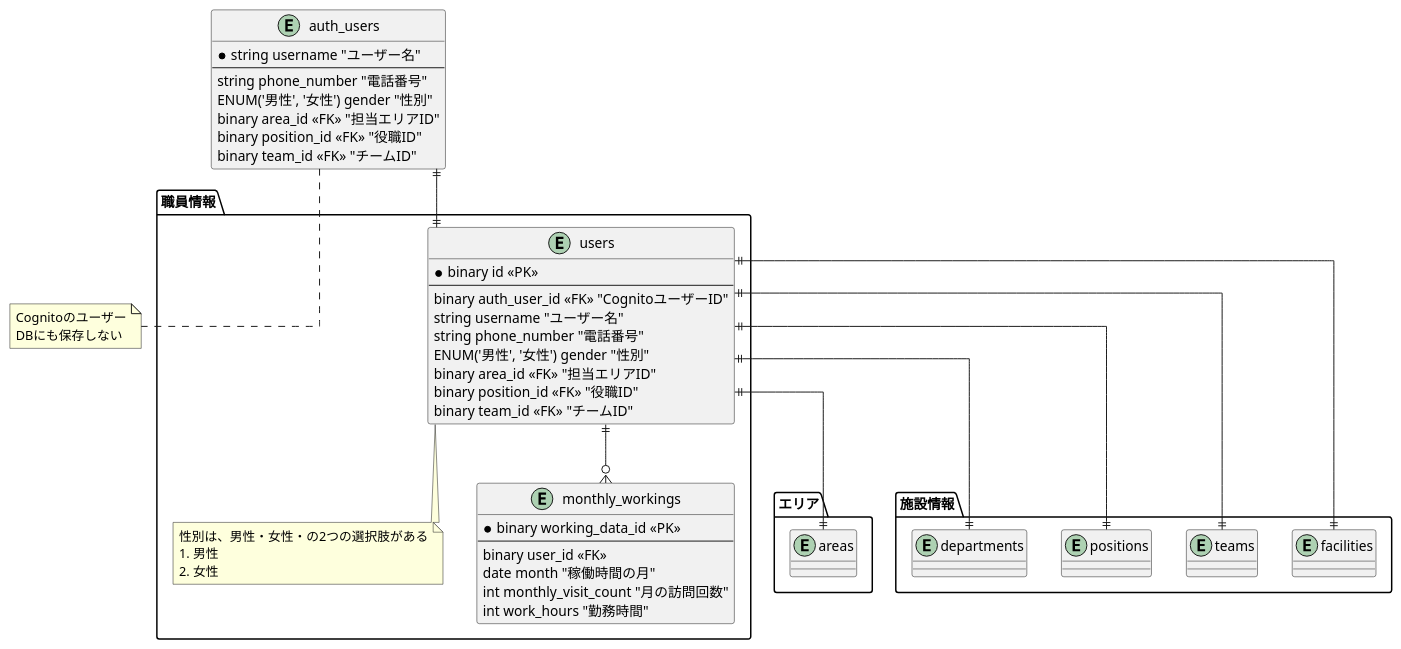
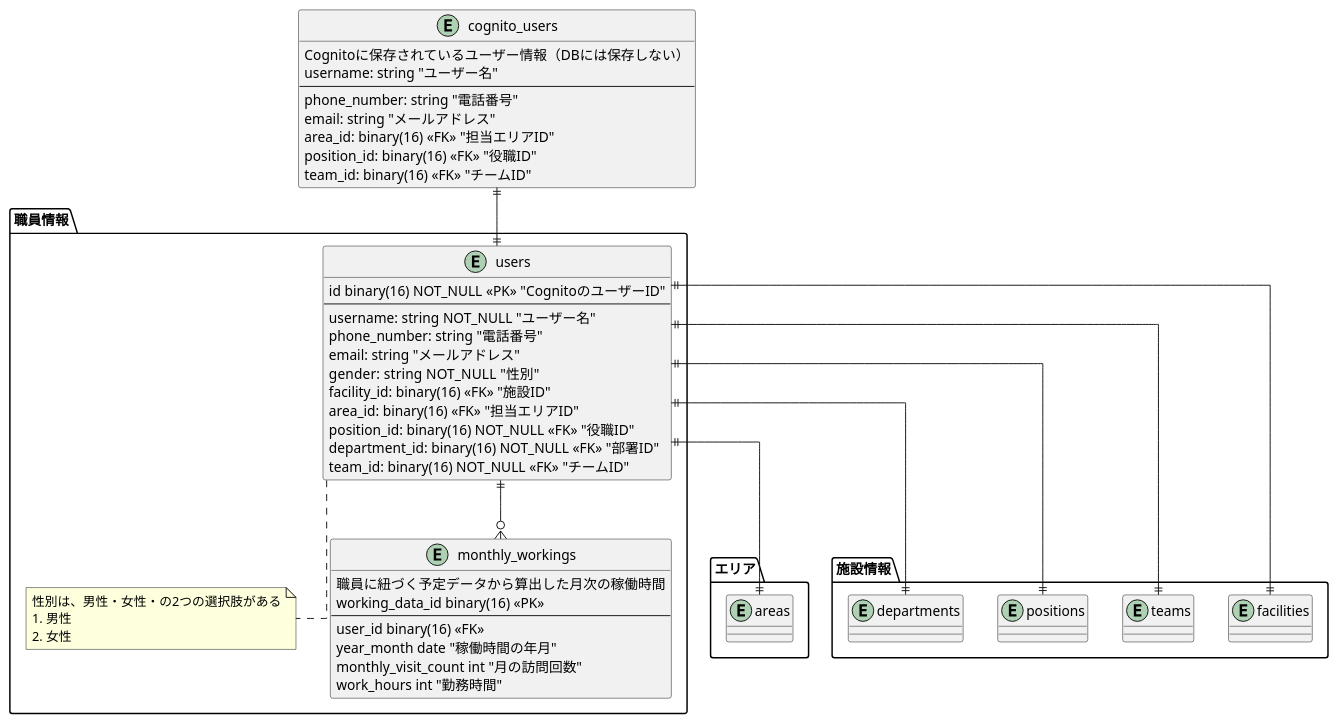
Before and after one commit to Fukuemon/buddy_design_docs: the diagram in src/diagrams/ER/tables/users.puml, drawn with PlantUML. The commit also changed 16 other files, not shown here.

Commit message:
ER図の更新

```diff
--- a/src/diagrams/ER/tables/users.puml
+++ b/src/diagrams/ER/tables/users.puml
@@ -1,67 +1,66 @@
 @startuml entity-relationship-diagram
 skinparam linetype ortho
 
-entity auth_users {
-  * string username "ユーザー名"
+entity cognito_users {
+  Cognitoに保存されているユーザー情報（DBには保存しない）
+  username: string "ユーザー名"
   --
-  string phone_number "電話番号"
-  ENUM('男性', '女性') gender "性別"
-  binary area_id <<FK>> "担当エリアID"
-  binary position_id <<FK>> "役職ID"
-  binary team_id <<FK>> "チームID"
+  phone_number: string "電話番号"
+  email: string "メールアドレス"
+  area_id: binary(16) <<FK>> "担当エリアID"
+  position_id: binary(16) <<FK>> "役職ID"
+  team_id: binary(16) <<FK>> "チームID"
 }
-
-note bottom of auth_users
-  Cognitoのユーザー
-  DBにも保存しない
-end note
 
 package 職員情報 {
   entity users {
-    * binary id <<PK>>
+    id binary(16) NOT_NULL <<PK>> "CognitoのユーザーID"
     --
-    binary auth_user_id <<FK>> "CognitoユーザーID"
-    string username "ユーザー名"
-    string phone_number "電話番号"
-    ENUM('男性', '女性') gender "性別"
-    binary area_id <<FK>> "担当エリアID"
-    binary position_id <<FK>> "役職ID"
-    binary team_id <<FK>> "チームID"
+    username: string NOT_NULL "ユーザー名"
+    phone_number: string "電話番号"
+    email: string "メールアドレス"
+    gender: string NOT_NULL  "性別"
+    facility_id: binary(16) <<FK>> "施設ID"
+    area_id: binary(16) <<FK>> "担当エリアID"
+    position_id: binary(16) NOT_NULL <<FK>> "役職ID"
+    department_id: binary(16) NOT_NULL <<FK>> "部署ID"
+    team_id: binary(16) NOT_NULL <<FK>> "チームID"
   }
 
   note bottom of users
     性別は、男性・女性・の2つの選択肢がある
     1. 男性
     2. 女性
   end note
 
   entity monthly_workings {
-    * binary working_data_id <<PK>>
+    職員に紐づく予定データから算出した月次の稼働時間
+    working_data_id binary(16) <<PK>>
     --
-    binary user_id <<FK>>
-    date month "稼働時間の月"
-    int monthly_visit_count "月の訪問回数"
-    int work_hours "勤務時間"
+    user_id binary(16) <<FK>>
+    year_month date "稼働時間の年月"
+    monthly_visit_count int "月の訪問回数"
+    work_hours int "勤務時間"
   }
 }
 
 package エリア {
   entity areas
 }
 
 package 施設情報 {
   entity facilities
   entity teams
   entity positions
   entity departments
 }
 
-auth_users ||--|| users
+cognito_users ||--|| users
 users ||--|| positions
 users ||--|| departments
 users ||--o{ monthly_workings
 users ||--|| facilities
 users ||--|| teams
 users ||--|| areas
 
 @enduml
```
